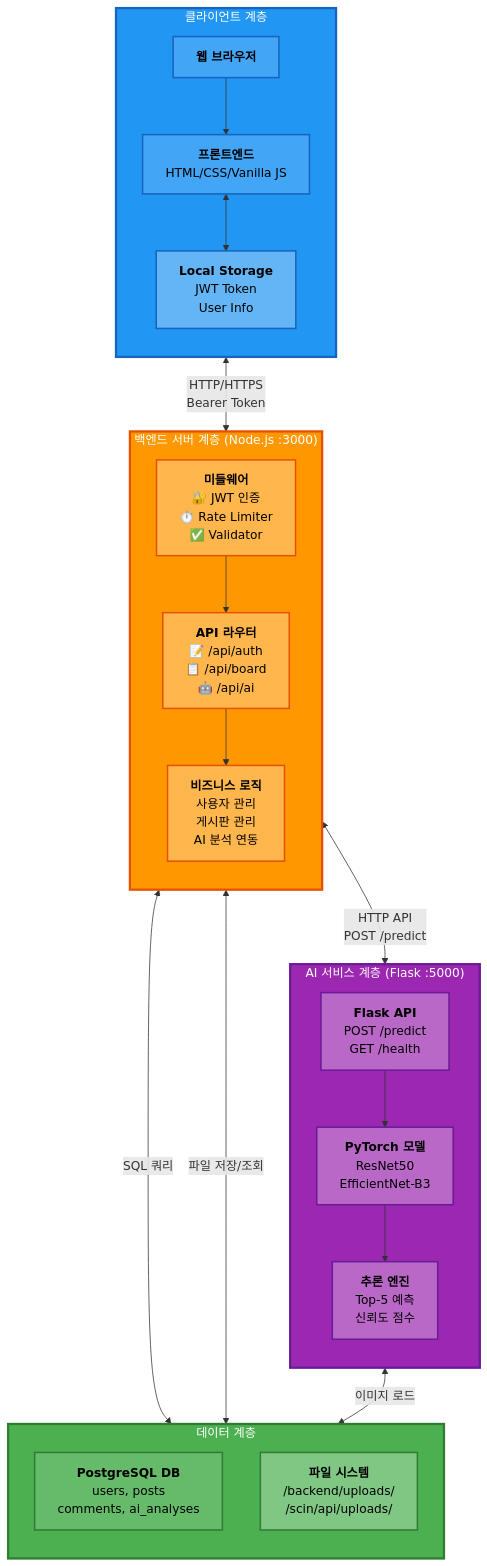
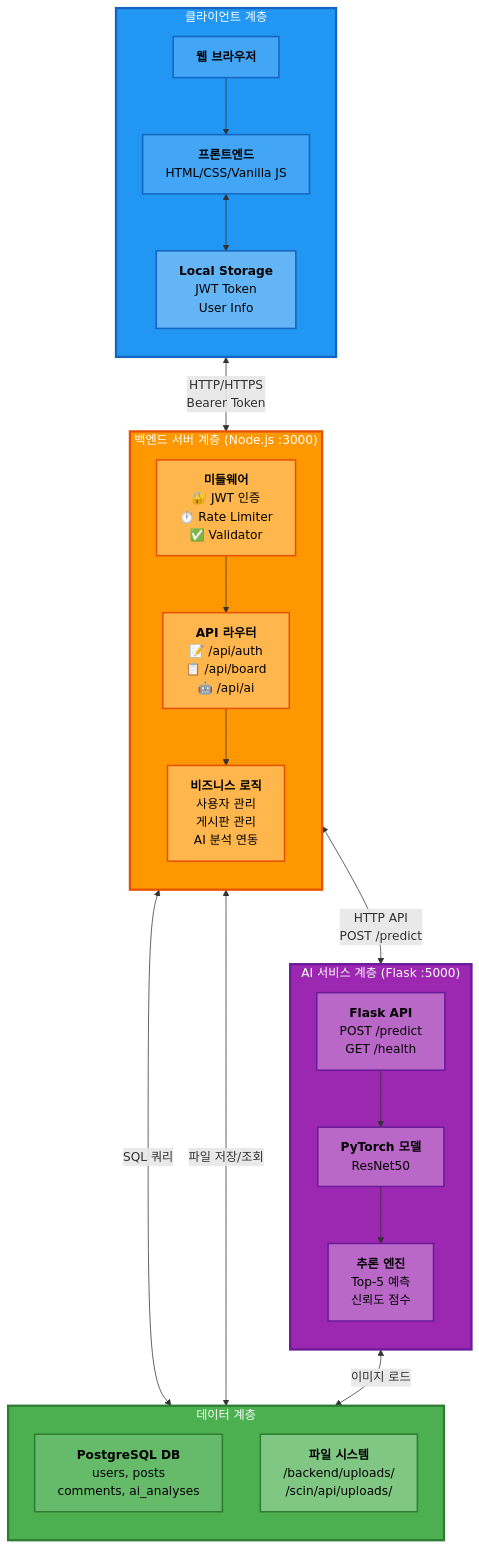
The first of 12 diagrams in Architecture.md (kyoe-23/DeepLearning_project), drawn with Mermaid before and after one commit.

Commit message:
ai 수정

````diff
--- a/Architecture.md
+++ b/Architecture.md
@@ -36,56 +36,56 @@
 ```mermaid
 graph TB
     subgraph CLIENT["클라이언트 계층"]
         direction TB
         BROWSER["<b>웹 브라우저</b>"]
         FE["<b>프론트엔드</b><br/>HTML/CSS/Vanilla JS"]
         STORAGE["<b>Local Storage</b><br/>JWT Token<br/>User Info"]
         BROWSER --> FE
         FE <--> STORAGE
     end
 
     subgraph BACKEND["백엔드 서버 계층 (Node.js :3000)"]
         direction TB
         MW["<b>미들웨어</b><br/>🔐 JWT 인증<br/>⏱️ Rate Limiter<br/>✅ Validator"]
         ROUTES["<b>API 라우터</b><br/>📝 /api/auth<br/>📋 /api/board<br/>🤖 /api/ai"]
         SERVICES["<b>비즈니스 로직</b><br/>사용자 관리<br/>게시판 관리<br/>AI 분석 연동"]
         MW --> ROUTES --> SERVICES
     end
 
     subgraph AI_SERVICE["AI 서비스 계층 (Flask :5000)"]
         direction TB
         FLASK["<b>Flask API</b><br/>POST /predict<br/>GET /health"]
-        MODEL["<b>PyTorch 모델</b><br/>ResNet50<br/>EfficientNet-B3"]
+        MODEL["<b>PyTorch 모델</b><br/>ResNet50"]
         INFERENCE["<b>추론 엔진</b><br/>Top-5 예측<br/>신뢰도 점수"]
         FLASK --> MODEL --> INFERENCE
     end
 
     subgraph DATA["데이터 계층"]
         direction TB
         POSTGRES["<b>PostgreSQL DB</b><br/>users, posts<br/>comments, ai_analyses"]
         FILES["<b>파일 시스템</b><br/>/backend/uploads/<br/>/scin/api/uploads/"]
     end
 
     CLIENT <-->|"HTTP/HTTPS<br/>Bearer Token"| BACKEND
     BACKEND <-->|"SQL 쿼리"| POSTGRES
     BACKEND <-->|"파일 저장/조회"| FILES
     BACKEND <-->|"HTTP API<br/>POST /predict"| AI_SERVICE
     AI_SERVICE <-->|"이미지 로드"| FILES
 
     style CLIENT fill:#2196F3,stroke:#1565C0,stroke-width:3px,color:#fff
     style BACKEND fill:#FF9800,stroke:#E65100,stroke-width:3px,color:#fff
     style AI_SERVICE fill:#9C27B0,stroke:#6A1B9A,stroke-width:3px,color:#fff
     style DATA fill:#4CAF50,stroke:#2E7D32,stroke-width:3px,color:#fff
 
     style BROWSER fill:#42A5F5,stroke:#1565C0,stroke-width:2px,color:#000
     style FE fill:#42A5F5,stroke:#1565C0,stroke-width:2px,color:#000
     style STORAGE fill:#64B5F6,stroke:#1565C0,stroke-width:2px,color:#000
     style MW fill:#FFB74D,stroke:#E65100,stroke-width:2px,color:#000
     style ROUTES fill:#FFB74D,stroke:#E65100,stroke-width:2px,color:#000
     style SERVICES fill:#FFB74D,stroke:#E65100,stroke-width:2px,color:#000
     style FLASK fill:#BA68C8,stroke:#6A1B9A,stroke-width:2px,color:#000
     style MODEL fill:#BA68C8,stroke:#6A1B9A,stroke-width:2px,color:#000
     style INFERENCE fill:#BA68C8,stroke:#6A1B9A,stroke-width:2px,color:#000
     style POSTGRES fill:#66BB6A,stroke:#2E7D32,stroke-width:2px,color:#000
     style FILES fill:#81C784,stroke:#2E7D32,stroke-width:2px,color:#000
 ```
````
